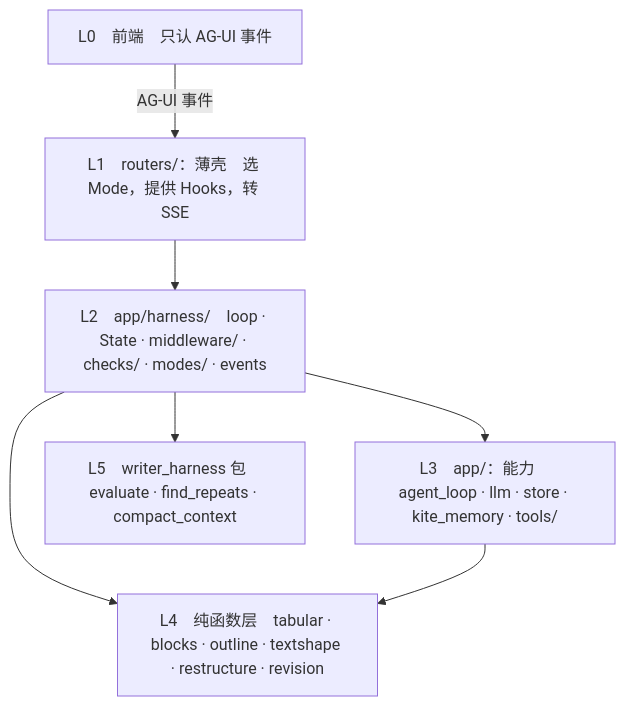
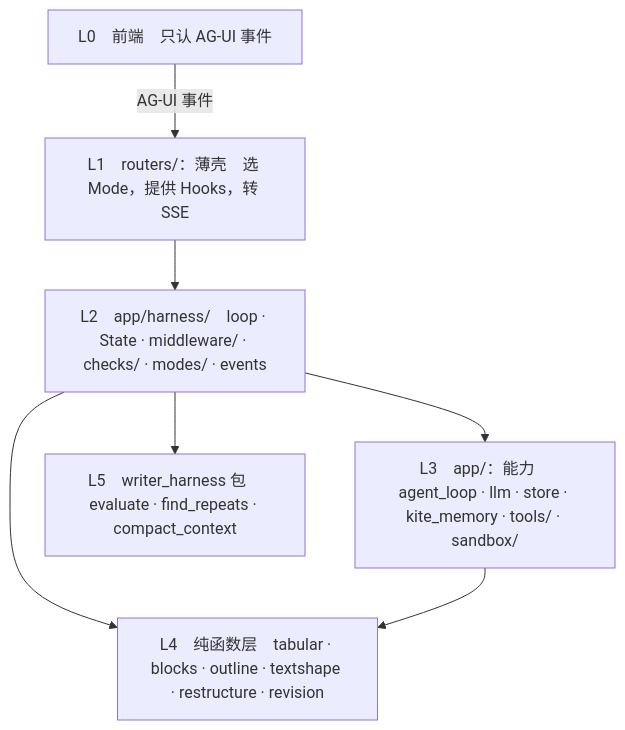
The second of 2 diagrams in docs/harness-framework.md (huilongbaba/MEMOKET_NOTE), drawn with Mermaid before and after one commit. The commit also changed other lines of this file and 3 other files, not shown here.

````diff
--- a/docs/harness-framework.md
+++ b/docs/harness-framework.md
@@ -1026,16 +1356,16 @@
 ```mermaid
 flowchart TD
     L0["L0　前端　只认 AG-UI 事件"]
     L1["L1　routers/：薄壳　选 Mode，提供 Hooks，转 SSE"]
     L2["L2　app/harness/　loop · State · middleware/ · checks/ · modes/ · events"]
-    L3["L3　app/：能力　agent_loop · llm · store · kite_memory · tools/"]
+    L3["L3　app/：能力　agent_loop · llm · store · kite_memory · tools/ · sandbox/"]
     L4["L4　纯函数层　tabular · blocks · outline · textshape · restructure · revision"]
     L5["L5　writer_harness 包　evaluate · find_repeats · compact_context"]
 
     L0 -->|AG-UI 事件| L1
     L1 --> L2
     L2 --> L3
     L2 --> L4
     L2 --> L5
     L3 --> L4
 ```
````
